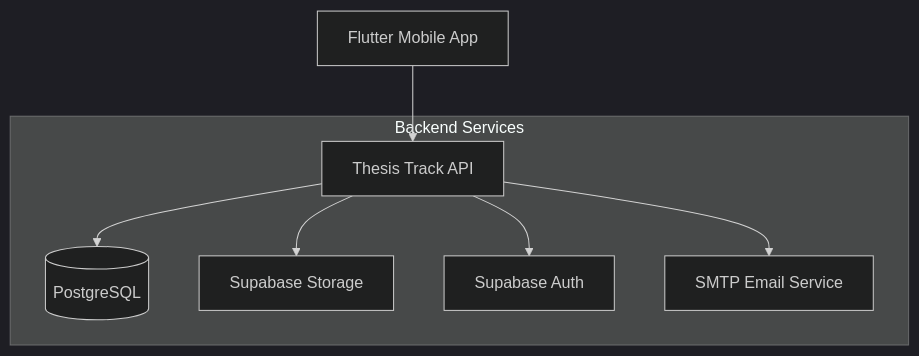
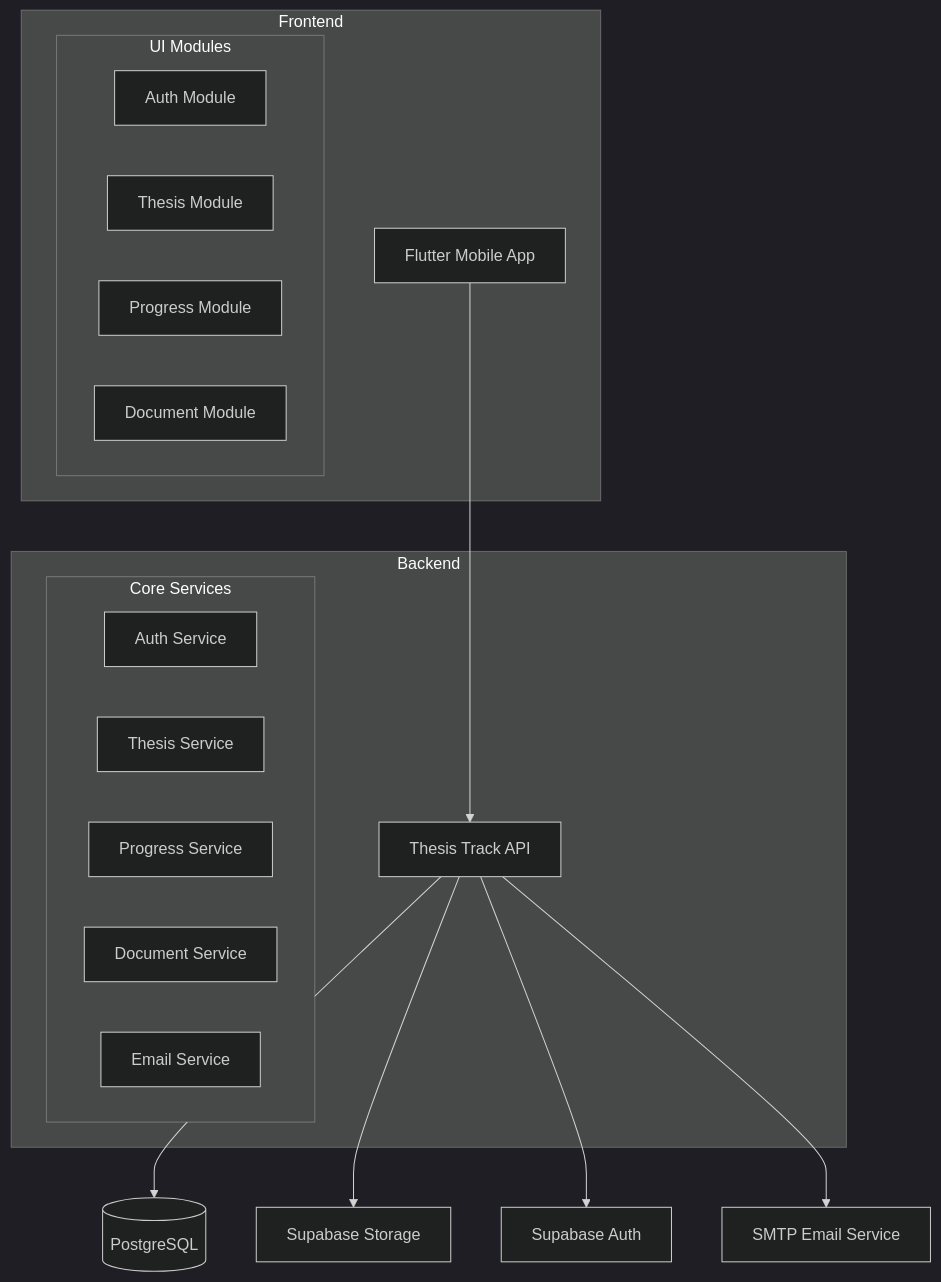
One commit to sahibul-nf/thesis-track changed the diagram in docs/system_arch_diagram.mmd. Above: the diagram before and after it, drawn with Mermaid (dark theme). The commit also changed 3 other files, not shown here.

First line of the commit message:
feat: Enhance system architecture and add thesis flow diagrams

```diff
--- a/docs/system_arch_diagram.mmd
+++ b/docs/system_arch_diagram.mmd
@@ -1,21 +1,34 @@
 graph TB
     Client[Flutter Mobile App]
     API[Thesis Track API]
     DB[(PostgreSQL)]
     Storage[Supabase Storage]
     Auth[Supabase Auth]
     Email[SMTP Email Service]
 
     Client --> API
     API --> DB
     API --> Storage
     API --> Auth
     API --> Email
 
-    subgraph Backend Services
+    subgraph Frontend
+        Client
+        subgraph UI Modules
+            AuthModule[Auth Module]
+            ThesisModule[Thesis Module] 
+            ProgressModule[Progress Module]
+            DocumentModule[Document Module]
+        end
+    end
+
+    subgraph Backend
         API
-        DB
-        Storage
-        Auth
-        Email
+        subgraph Core Services
+            AuthService[Auth Service]
+            ThesisService[Thesis Service]
+            ProgressService[Progress Service]
+            DocumentService[Document Service]
+            EmailService[Email Service]
+        end
     end
```
